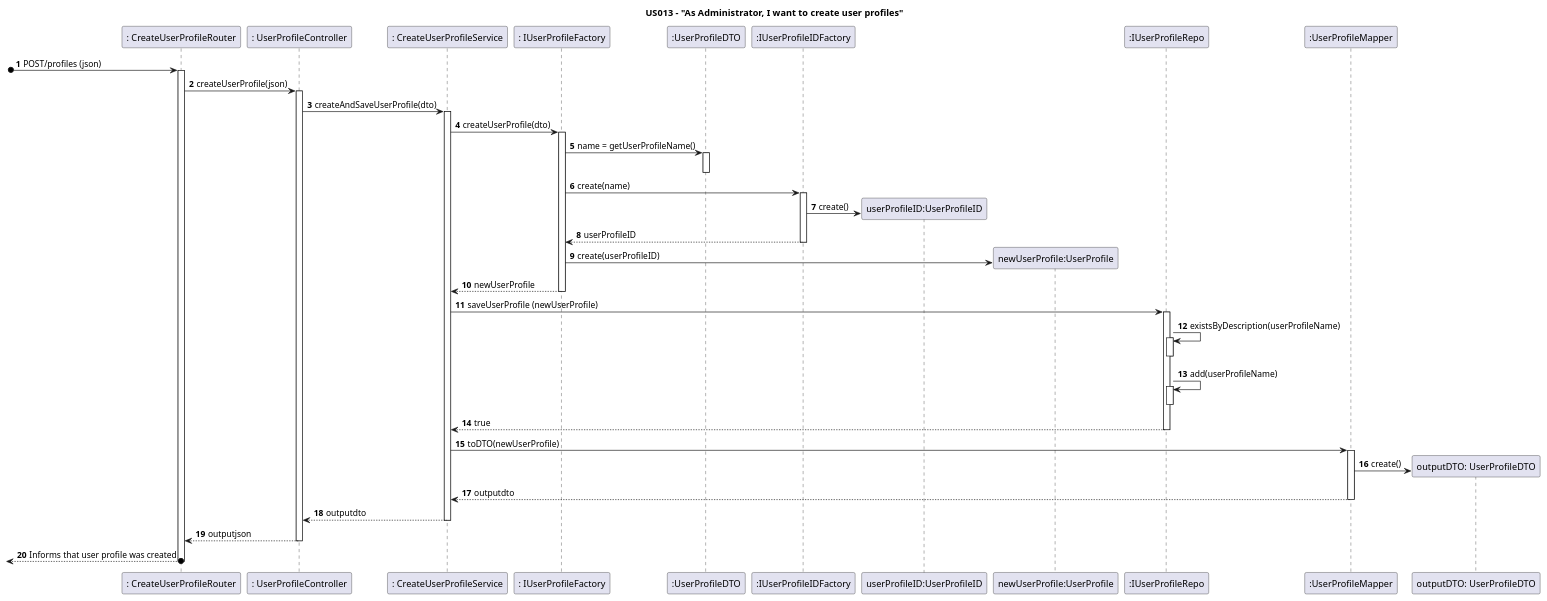
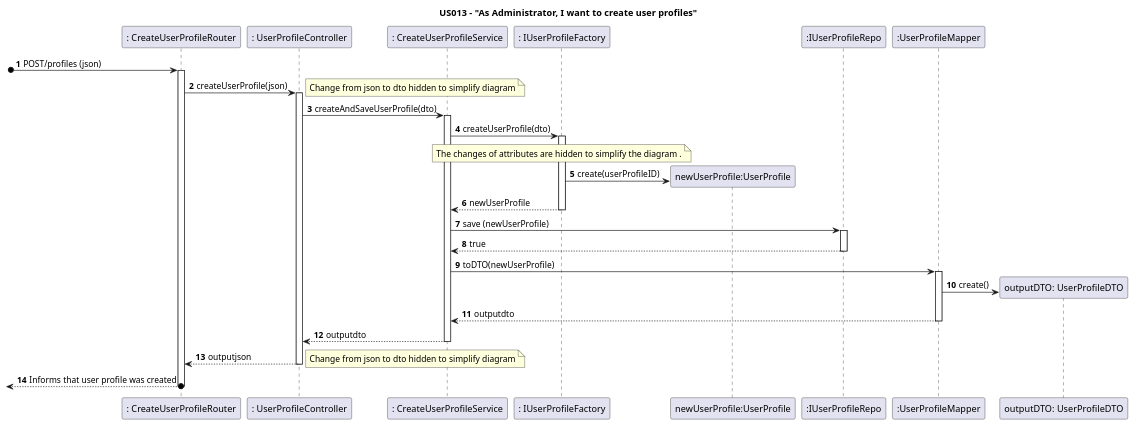
One commit to nunogon1211787/projectManagement changed the diagram in docs/Sprint1/US013/US13-SD-DDD.puml. Above: the diagram before and after it, drawn with PlantUML. The commit also changed 89 other files, not shown here.

```diff
--- a/docs/Sprint1/US013/US13-SD-DDD.puml
+++ b/docs/Sprint1/US013/US13-SD-DDD.puml
@@ -1,49 +1,56 @@
 @startuml
 'https://plantuml.com/sequence-diagram
 
 autoactivate on
 autonumber
 
 title US013 - "As Administrator, I want to create user profiles"
 participant ": CreateUserProfileRouter" as System
 participant ": UserProfileController" as Ctrl
 participant ": CreateUserProfileService" as C1
 participant ": IUserProfileFactory" as C3
-participant ":UserProfileDTO" as C2
-participant ":IUserProfileIDFactory" as iFactory
-participant "userProfileID:UserProfileID" as C4
+'participant ":UserProfileDTO" as C2
+'participant ":IUserProfileIDFactory" as iFactory
+'participant "userProfileID:UserProfileID" as C4
 participant "newUserProfile:UserProfile" as newUserProfile
 participant ":IUserProfileRepo" as C5
 participant ":UserProfileMapper" as C6
 participant "outputDTO: UserProfileDTO" as C2.1
 
 
 [o-> System: POST/profiles (json)
 System -> Ctrl: createUserProfile(json)
+note right
+Change from json to dto hidden to simplify diagram
+end note
 Ctrl -> C1: createAndSaveUserProfile(dto)
 C1 -> C3: createUserProfile(dto)
-C3 -> C2 : name = getUserProfileName()
-deactivate
-C3 -> iFactory: create(name)
-iFactory -> C4 **: create()
-iFactory --> C3: userProfileID
+note over C3 : The changes of attributes are hidden to simplify the diagram .
+'C3 -> C2 : name = getUserProfileName()
+'deactivate
+'C3 -> iFactory: create(name)
+'iFactory -> C4 **: create()
+'iFactory --> C3: userProfileID
 C3 -> newUserProfile **: create(userProfileID)
 return newUserProfile
-C1 -> C5 : saveUserProfile (newUserProfile)
-C5 -> C5 : existsByDescription(userProfileName)
-deactivate
-C5 -> C5 : add(userProfileName)
-deactivate
+C1 -> C5 : save (newUserProfile)
+'C5 -> C5 : existsByDescription(userProfileName)
+'deactivate
+'C5 -> C5 : add(userProfileName)
+'deactivate
 return true
 C1 -> C6: toDTO(newUserProfile)
 C6 -> C2.1 **: create()
 return outputdto
 return outputdto
 return outputjson
+note right
+Change from json to dto hidden to simplify diagram
+end note
 return Informs that user profile was created
 
 
 
 
 
 @enduml
```
